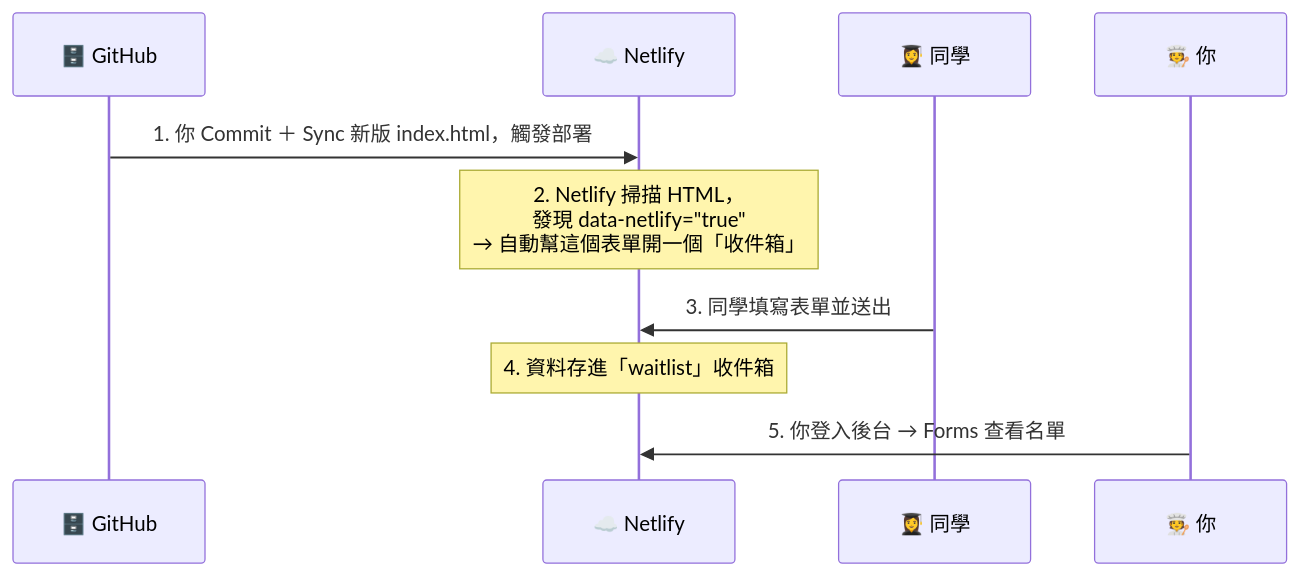
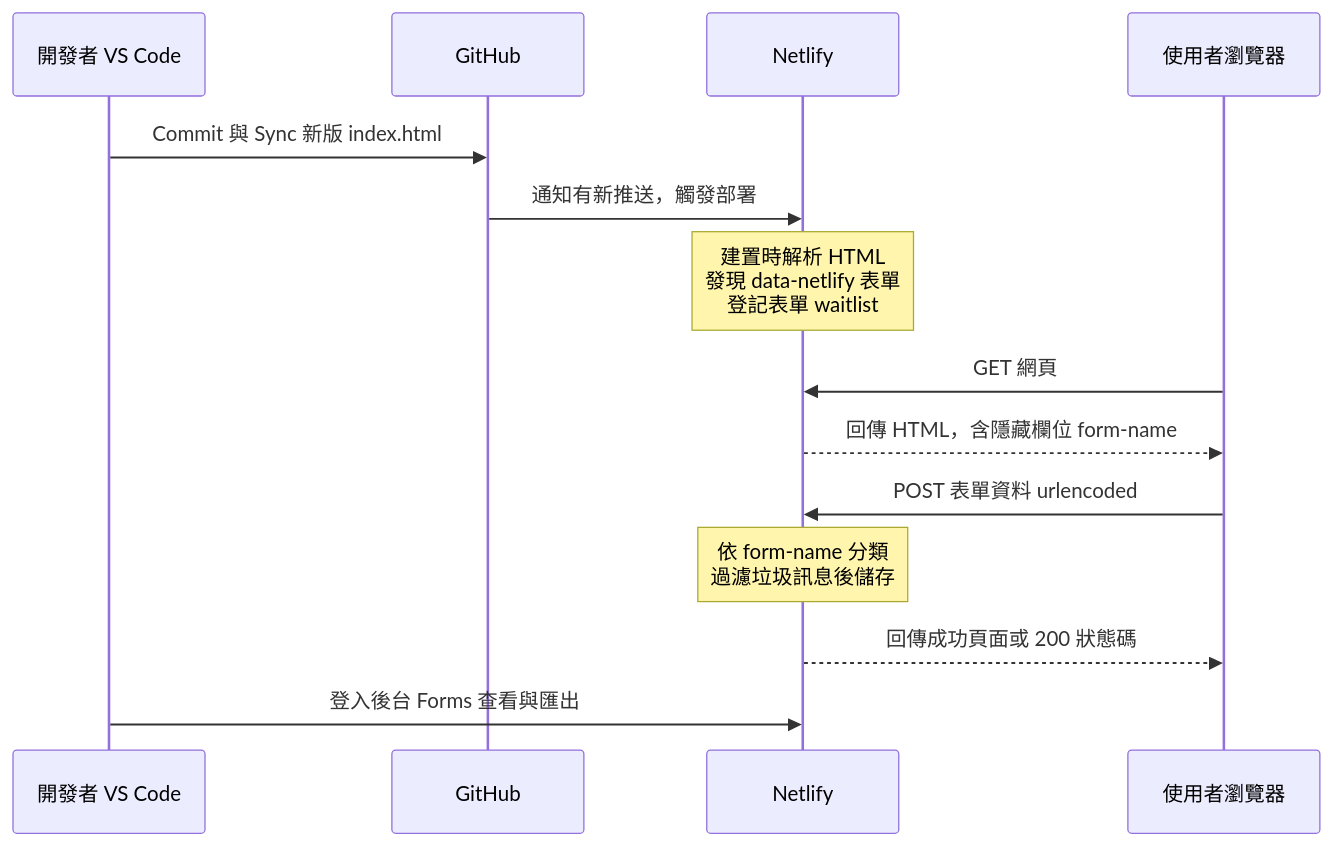
Before and after one commit to cychiang-ntpu/VibeNTPU: the diagram in docs/tutorials/netlify_forms.md, drawn with Mermaid. The commit also changed other lines of this file and 43 other files, not shown here.

````diff
--- a/docs/tutorials/netlify_forms.md
+++ b/docs/tutorials/netlify_forms.md
@@ -12,13 +45,17 @@
 ```mermaid
 sequenceDiagram
-    participant G as 🗄️ GitHub
-    participant N as ☁️ Netlify
-    participant U as 👩‍🎓 同學
-    participant Y as 🧑‍🍳 你
+    participant D as 開發者 VS Code
+    participant G as GitHub
+    participant N as Netlify
+    participant B as 使用者瀏覽器
 
-    G->>N: 1. 你 Commit ＋ Sync 新版 index.html，觸發部署
-    Note over N: 2. Netlify 掃描 HTML，<br/>發現 data-netlify="true"<br/>→ 自動幫這個表單開一個「收件箱」
-    U->>N: 3. 同學填寫表單並送出
-    Note over N: 4. 資料存進「waitlist」收件箱
-    Y->>N: 5. 你登入後台 → Forms 查看名單
+    D->>G: Commit 與 Sync 新版 index.html
+    G->>N: 通知有新推送，觸發部署
+    Note over N: 建置時解析 HTML<br/>發現 data-netlify 表單<br/>登記表單 waitlist
+    B->>N: GET 網頁
+    N-->>B: 回傳 HTML，含隱藏欄位 form-name
+    B->>N: POST 表單資料 urlencoded
+    Note over N: 依 form-name 分類<br/>過濾垃圾訊息後儲存
+    N-->>B: 回傳成功頁面或 200 狀態碼
+    D->>N: 登入後台 Forms 查看與匯出
 ```
````
